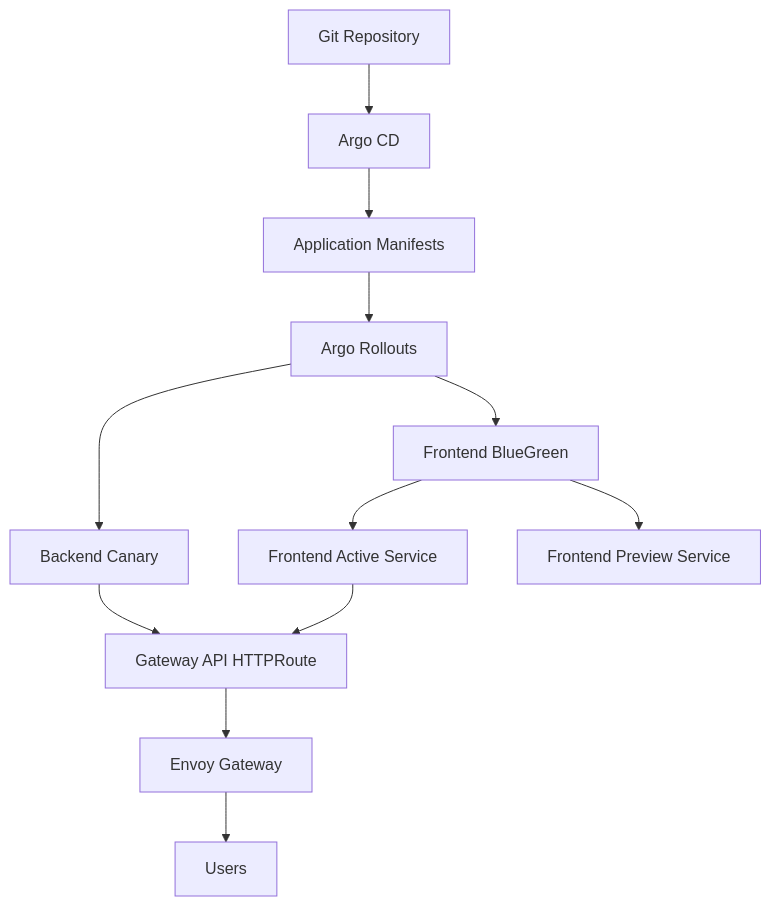
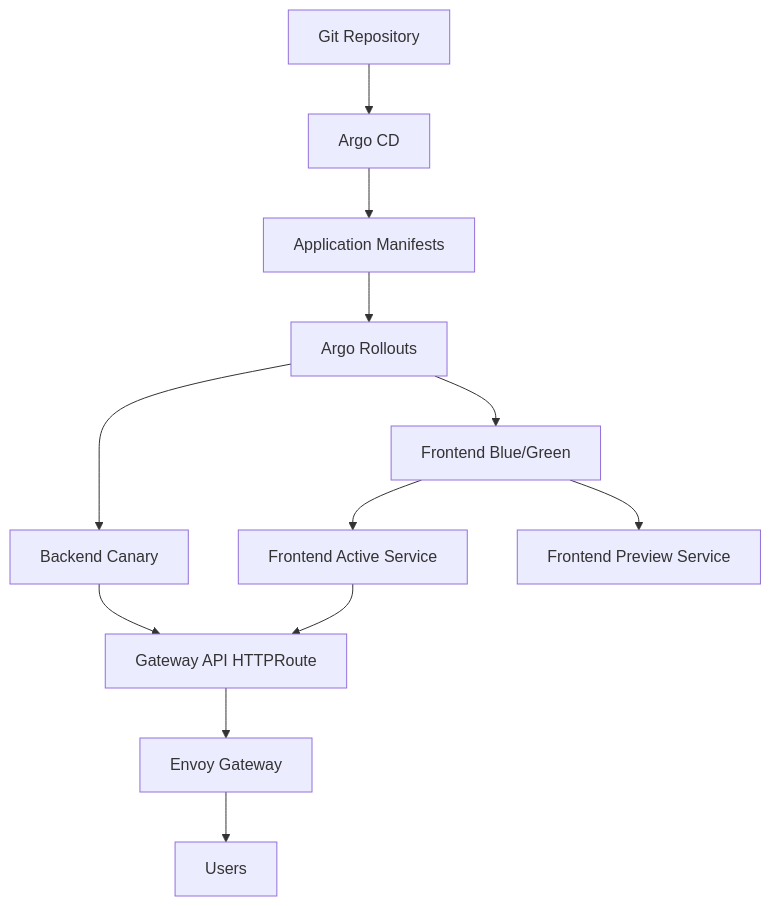
Before and after one commit to ahmed-sayed-devops/microservices-platform-gitops: the first of 19 diagrams in docs/04-progressive-delivery/README.md, drawn with Mermaid. The commit also changed other lines of this file, not shown here.

````diff
--- a/docs/04-progressive-delivery/README.md
+++ b/docs/04-progressive-delivery/README.md
@@ -22,17 +22,14 @@
-~~~mermaid
+```mermaid
 graph TD
-    A[Git Repository] --> B[Argo CD]
-    B --> C[Application Manifests]
-    C --> D[Argo Rollouts]
-
-    D --> E[Backend Canary]
-    D --> F[Frontend BlueGreen]
-
-    E --> G[Gateway API HTTPRoute]
-    G --> H[Envoy Gateway]
-    H --> I[Users]
-
-    F --> J[Frontend Active Service]
+    A["Git Repository"] --> B["Argo CD"]
+    B --> C["Application Manifests"]
+    C --> D["Argo Rollouts"]
+    D --> E["Backend Canary"]
+    D --> F["Frontend Blue/Green"]
+    E --> G["Gateway API HTTPRoute"]
+    G --> H["Envoy Gateway"]
+    H --> I["Users"]
+    F --> J["Frontend Active Service"]
     J --> G
-    F --> K[Frontend Preview Service]
-~~~
+    F --> K["Frontend Preview Service"]
+```
````
